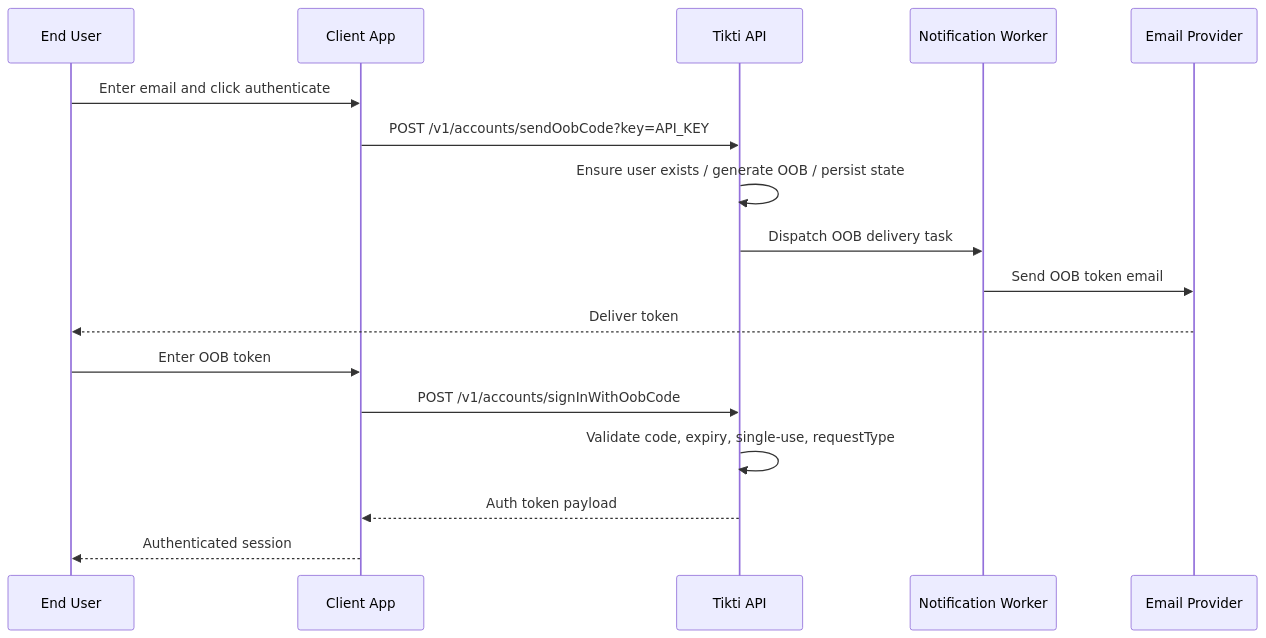
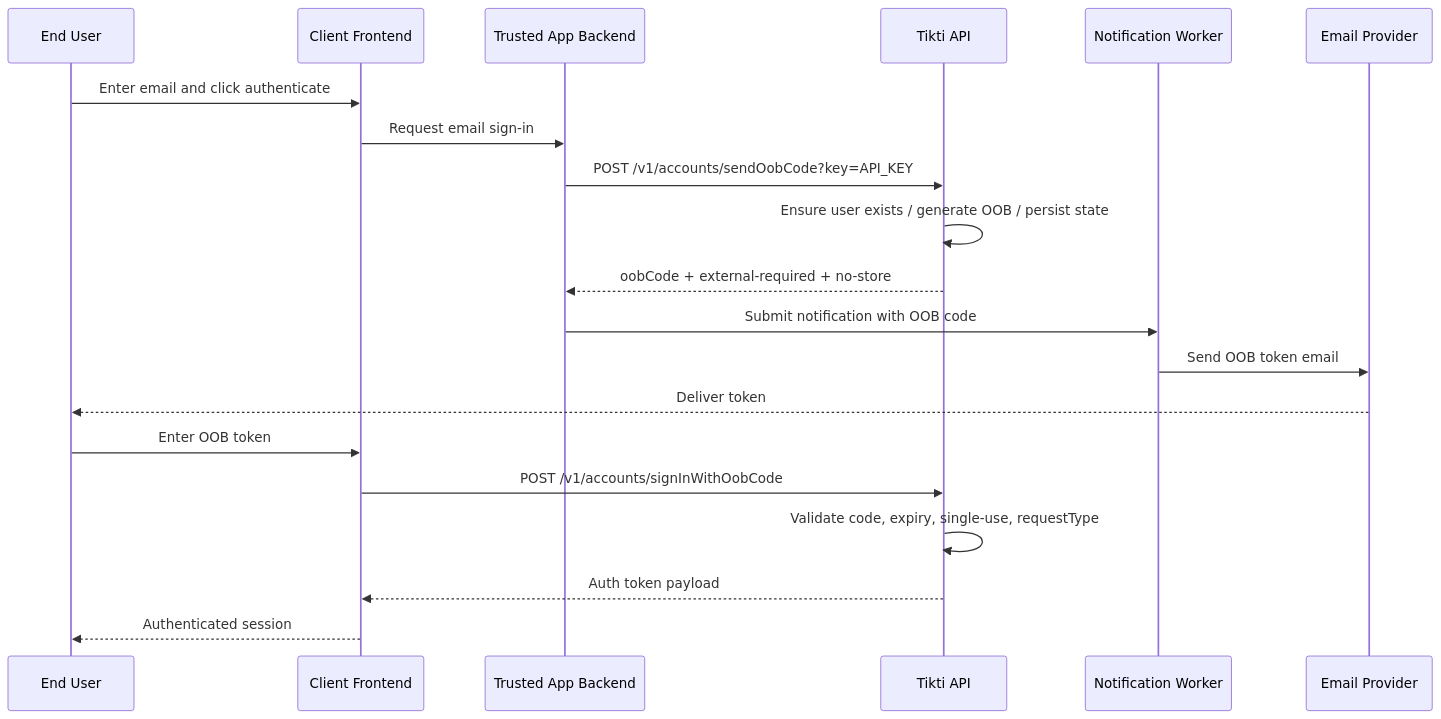
One commit to osvaldoandrade/tikti changed the diagram in wiki/Use-Cases-OOB-Email-Sign-In.md. Above: the diagram before and after it, drawn with Mermaid. The commit also changed other lines of this file and 33 other files, not shown here.

````diff
--- a/wiki/Use-Cases-OOB-Email-Sign-In.md
+++ b/wiki/Use-Cases-OOB-Email-Sign-In.md
@@ -29,20 +32,23 @@
 ```mermaid
 sequenceDiagram
     participant U as End User
-    participant F as Client App
+    participant F as Client Frontend
+    participant B as Trusted App Backend
     participant T as Tikti API
     participant W as Notification Worker
     participant E as Email Provider
 
     U->>F: Enter email and click authenticate
-    F->>T: POST /v1/accounts/sendOobCode?key=API_KEY
+    F->>B: Request email sign-in
+    B->>T: POST /v1/accounts/sendOobCode?key=API_KEY
     T->>T: Ensure user exists / generate OOB / persist state
-    T->>W: Dispatch OOB delivery task
+    T-->>B: oobCode + external-required + no-store
+    B->>W: Submit notification with OOB code
     W->>E: Send OOB token email
     E-->>U: Deliver token
     U->>F: Enter OOB token
     F->>T: POST /v1/accounts/signInWithOobCode
     T->>T: Validate code, expiry, single-use, requestType
     T-->>F: Auth token payload
     F-->>U: Authenticated session
 ```
````
